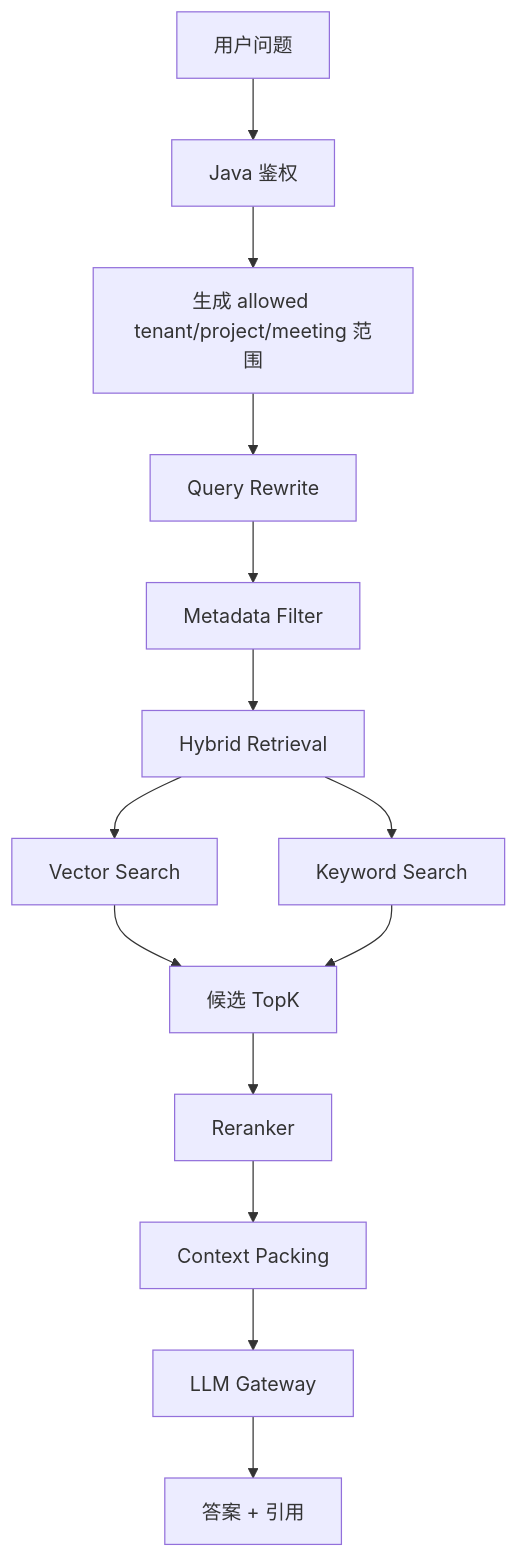
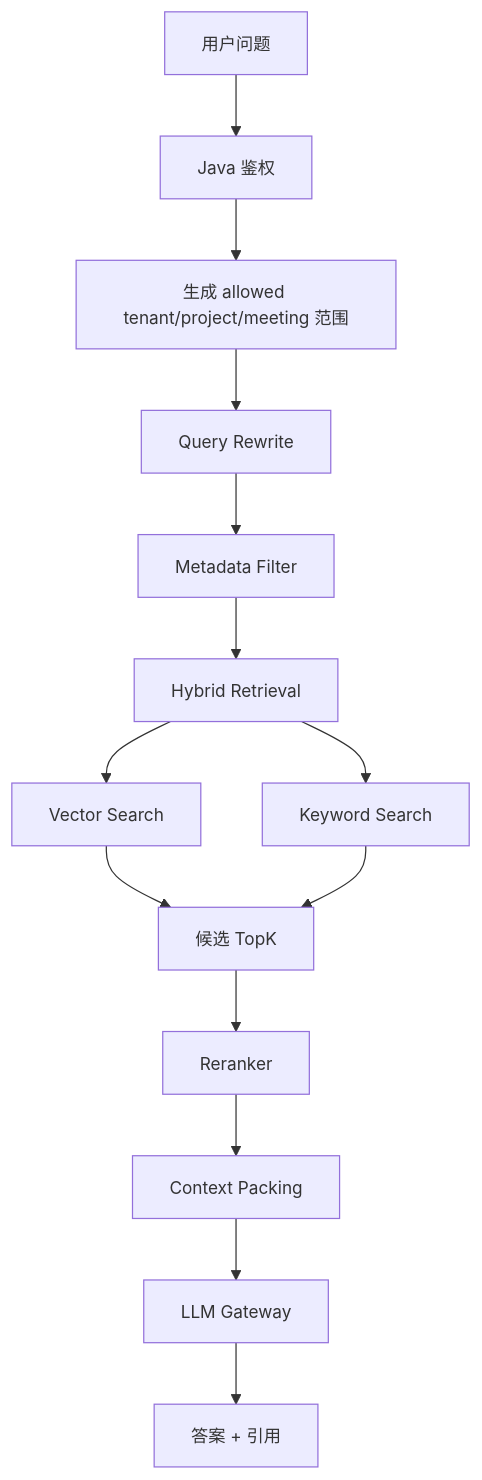
Before and after one commit to JAHSEH618/meeting: the second of 3 diagrams in docs/本地会议智能系统技术方案文档-优化版.md, drawn with Mermaid. The commit also changed other lines of this file and 3 other files, not shown here.

First line of the commit message:
docs: harden mermaid rendering and add per-figure captions

````diff
--- a/docs/本地会议智能系统技术方案文档-优化版.md
+++ b/docs/本地会议智能系统技术方案文档-优化版.md
@@ -1093,16 +1096,17 @@
 ```mermaid
+%%{init: {'flowchart': {'htmlLabels': true, 'curve': 'basis'}, 'themeVariables': {'fontSize': '14px'}}}%%
 flowchart TD
-    A[用户问题] --> B[Java 鉴权]
-    B --> C[生成 allowed tenant/project/meeting 范围]
-    C --> D[Query Rewrite]
-    D --> E[Metadata Filter]
-    E --> F[Hybrid Retrieval]
-    F --> G[Vector Search]
-    F --> H[Keyword Search]
-    G --> I[候选 TopK]
+    A["用户问题"] --> B["Java 鉴权"]
+    B --> C["生成 allowed tenant/project/meeting 范围"]
+    C --> D["Query Rewrite"]
+    D --> E["Metadata Filter"]
+    E --> F["Hybrid Retrieval"]
+    F --> G["Vector Search"]
+    F --> H["Keyword Search"]
+    G --> I["候选 TopK"]
     H --> I
-    I --> J[Reranker]
-    J --> K[Context Packing]
-    K --> L[LLM Gateway]
-    L --> M[答案 + 引用]
+    I --> J["Reranker"]
+    J --> K["Context Packing"]
+    K --> L["LLM Gateway"]
+    L --> M["答案 + 引用"]
 ```
````
